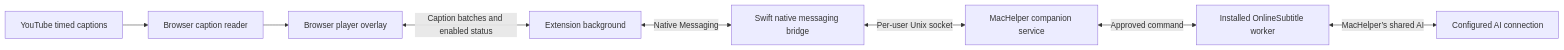
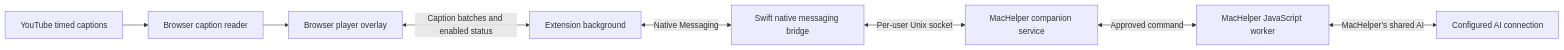
Before and after one commit to bosstwobread/OnlineSubtitle-MacHelper: the diagram in README.md, drawn with Mermaid. The commit also changed other lines of this file and 8 other files, not shown here.

First line of the commit message:
Run OnlineSubtitle in MacHelper’s bundled JavaScript worker

````diff
--- a/README.md
+++ b/README.md
@@ -28,18 +28,18 @@
 ```mermaid
 flowchart LR
     YT["YouTube timed captions"]
     EX["Browser caption reader"]
     UI["Browser player overlay"]
     SW["Extension background"]
     BR["Swift native messaging bridge"]
     MH["MacHelper companion service"]
-    WK["Installed OnlineSubtitle worker"]
+    WK["MacHelper JavaScript worker"]
     AI["Configured AI connection"]
 
     YT --> EX --> UI
     UI <-->|"Caption batches and enabled status"| SW
     SW <-->|"Native Messaging"| BR
     BR <-->|"Per-user Unix socket"| MH
     MH <-->|"Approved command"| WK
     WK <-->|"MacHelper’s shared AI"| AI
 ```
````
